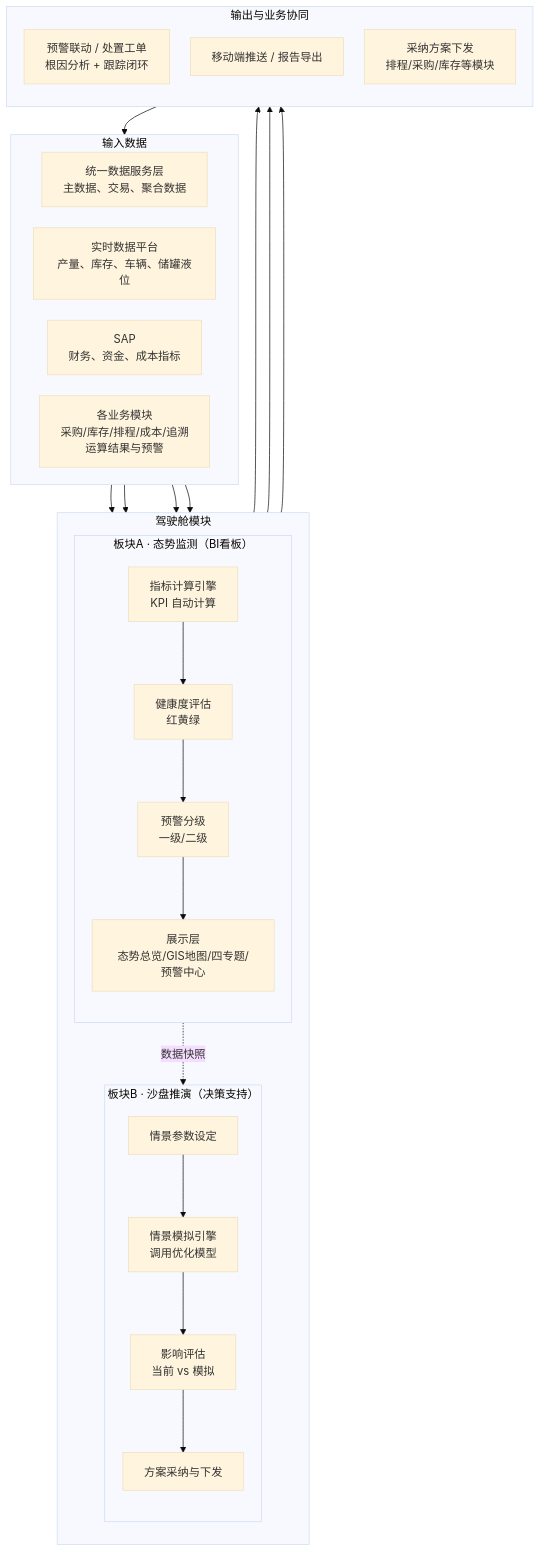
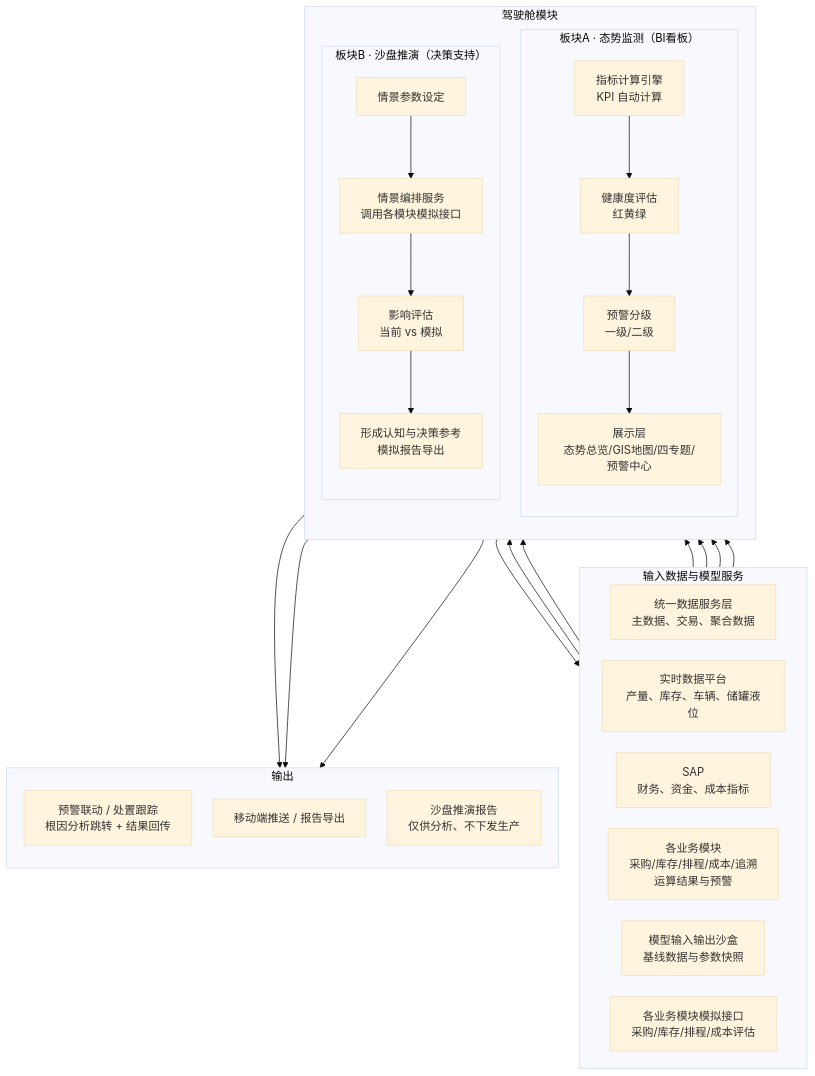
The first of 2 diagrams in 2-业务蓝图-draft/驾驶舱模块技术方案.md (DDD71/scos_proj), drawn with Mermaid (base theme) before and after one commit. The commit also changed other lines of this file and 16 other files, not shown here.

````diff
--- a/2-业务蓝图-draft/驾驶舱模块技术方案.md
+++ b/2-业务蓝图-draft/驾驶舱模块技术方案.md
@@ -27,44 +27,47 @@
 ```mermaid
 %%{init: {"flowchart": {"curve": "basis", "nodeSpacing": 30, "rankSpacing": 40}}}%%
 flowchart TB
-    subgraph INPUT["输入数据"]
+    subgraph INPUT["输入数据与模型服务"]
         direction LR
         A["统一数据服务层<br/>主数据、交易、聚合数据"]
         B["实时数据平台<br/>产量、库存、车辆、储罐液位"]
         C["SAP<br/>财务、资金、成本指标"]
         D["各业务模块<br/>采购/库存/排程/成本/追溯<br/>运算结果与预警"]
+        Q["模型输入输出沙盒<br/>基线数据与参数快照"]
+        P["各业务模块模拟接口<br/>采购/库存/排程/成本评估"]
     end
 
     subgraph COCKPIT["驾驶舱模块"]
         direction TB
         subgraph BI["板块A · 态势监测（BI看板）"]
             direction TB
             E["指标计算引擎<br/>KPI 自动计算"] --> F["健康度评估<br/>红黄绿"]
             F --> G["预警分级<br/>一级/二级"]
             G --> H["展示层<br/>态势总览/GIS地图/四专题/预警中心"]
         end
         subgraph SANDBOX["板块B · 沙盘推演（决策支持）"]
             direction TB
-            I["情景参数设定"] --> J["情景模拟引擎<br/>调用优化模型"]
+            I["情景参数设定"] --> J["情景编排服务<br/>调用各模块模拟接口"]
             J --> K["影响评估<br/>当前 vs 模拟"]
-            K --> L["方案采纳与下发"]
+            K --> L["形成认知与决策参考<br/>模拟报告导出"]
         end
-        E -. 数据快照 .-> J
     end
 
-    subgraph OUTPUT["输出与业务协同"]
+    subgraph OUTPUT["输出"]
         direction TB
-        M["预警联动 / 处置工单<br/>根因分析 + 跟踪闭环"]
+        M["预警联动 / 处置跟踪<br/>根因分析跳转 + 结果回传"]
         N["移动端推送 / 报告导出"]
-        O["采纳方案下发<br/>排程/采购/库存等模块"]
+        O["沙盘推演报告<br/>仅供分析、不下发生产"]
     end
 
     A --> E
     B --> E
     C --> E
     D --> E
+    Q --> J
+    J --> P
+    P --> J
     H --> M
     H --> N
     L --> O
-    O --> D
 ```
````
